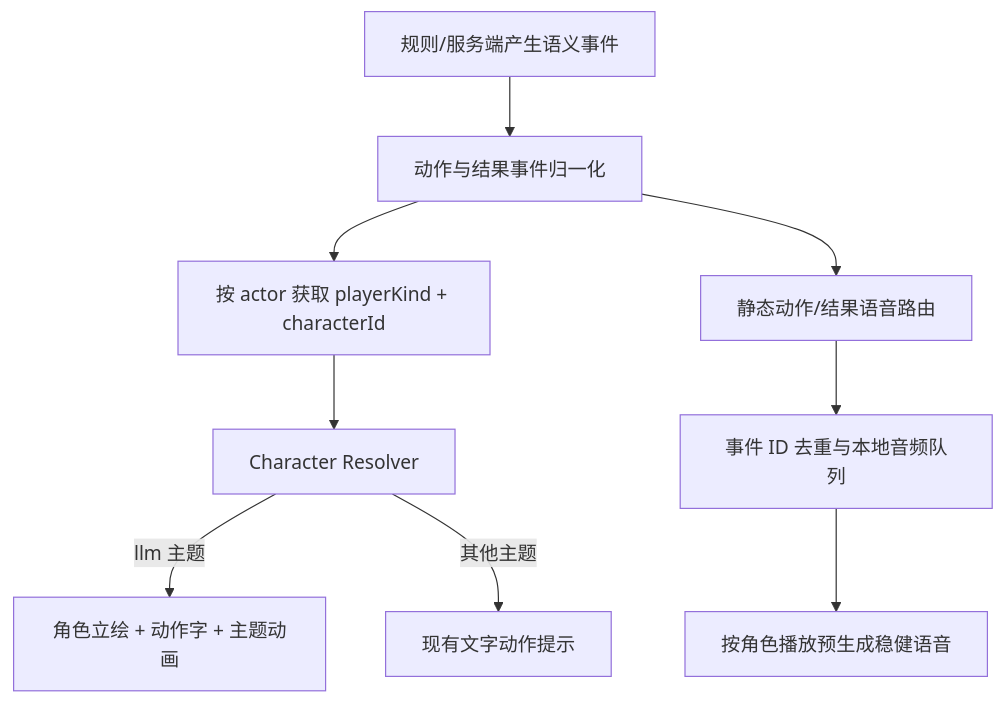
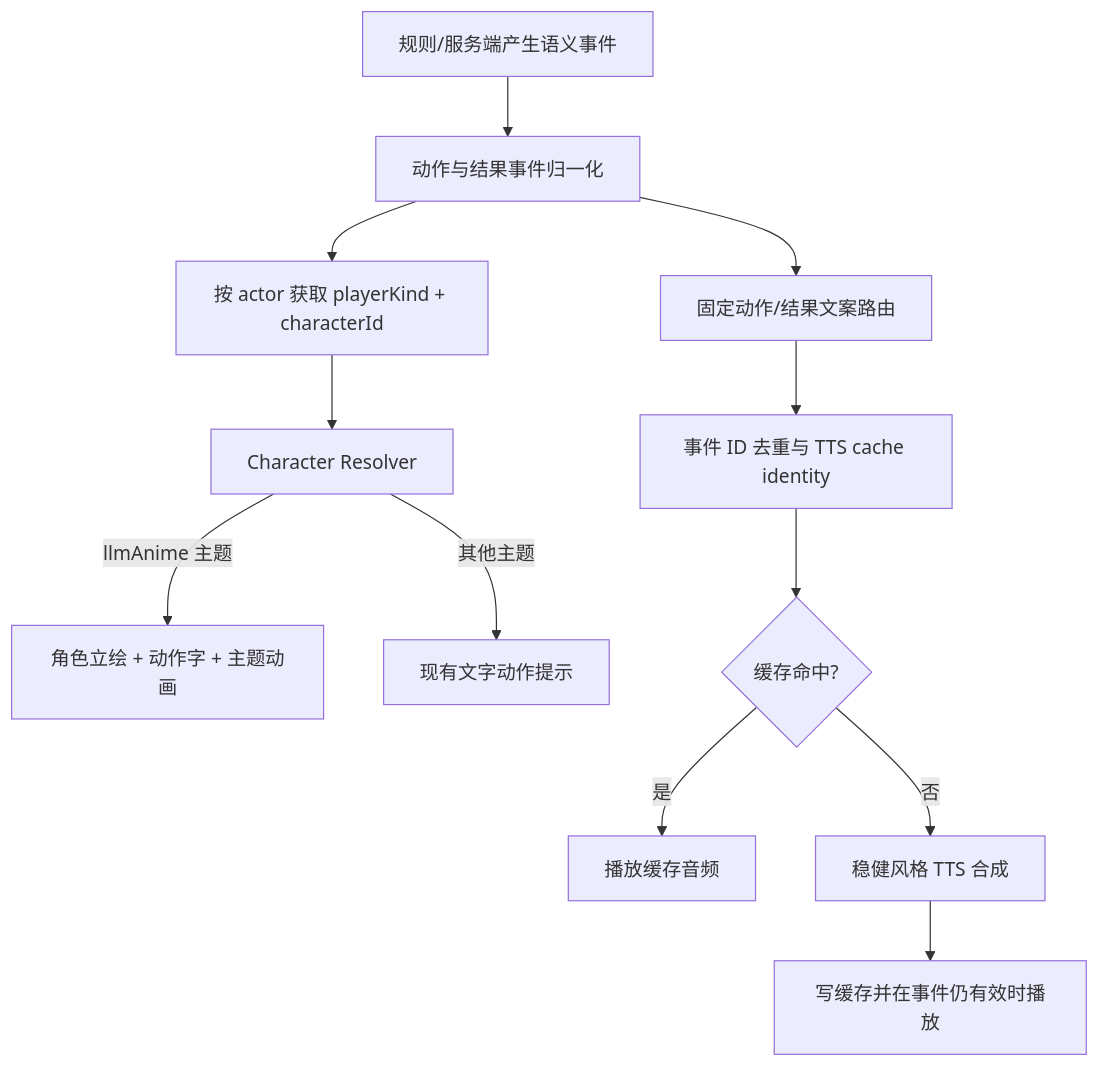
The diagram in docs/llm-anime-theme-implementation-plan.md (BestGuo2020/lianhuaguangdongmahjong), drawn with Mermaid before and after one commit. The commit also changed other lines of this file, not shown here.

Commit message:
docs: use cached tts for anime voice lines

````diff
--- a/docs/llm-anime-theme-implementation-plan.md
+++ b/docs/llm-anime-theme-implementation-plan.md
@@ -328,11 +322,14 @@
 ```mermaid
 flowchart TD
   E[规则/服务端产生语义事件] --> N[动作与结果事件归一化]
   N --> P[按 actor 获取 playerKind + characterId]
   P --> R[Character Resolver]
-  R -->|llm 主题| V[角色立绘 + 动作字 + 主题动画]
+  R -->|llmAnime 主题| V[角色立绘 + 动作字 + 主题动画]
   R -->|其他主题| L[现有文字动作提示]
-  N --> A[静态动作/结果语音路由]
-  A --> D[事件 ID 去重与本地音频队列]
-  D --> S[按角色播放预生成稳健语音]
+  N --> A[固定动作/结果文案路由]
+  A --> D[事件 ID 去重与 TTS cache identity]
+  D --> C{缓存命中?}
+  C -->|是| S[播放缓存音频]
+  C -->|否| T[稳健风格 TTS 合成]
+  T --> K[写缓存并在事件仍有效时播放]
 ```
````
